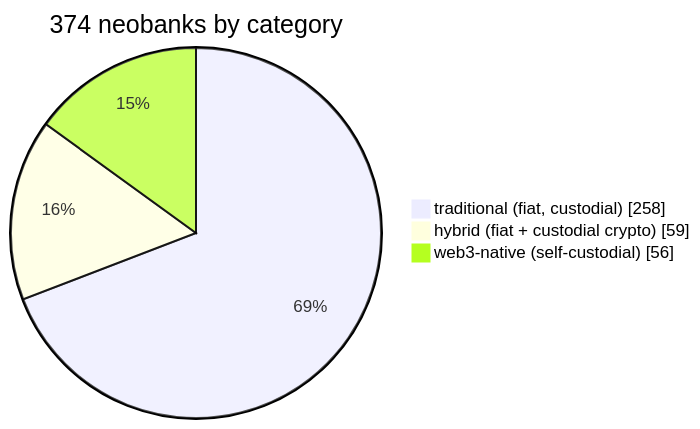
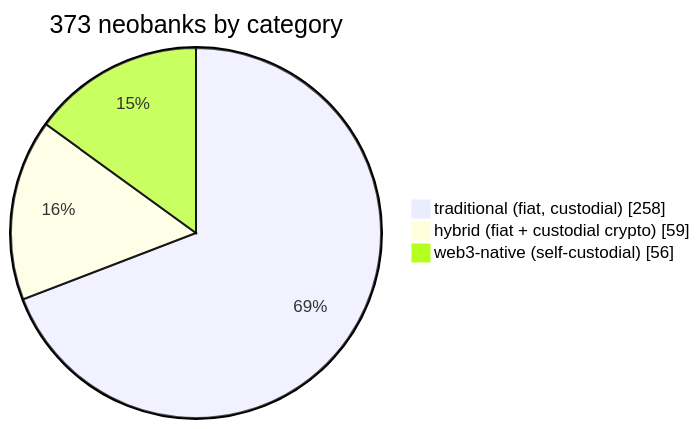
The first of 3 diagrams in README.md (andreolf/neobankbeat), drawn with Mermaid before and after one commit. The commit also changed other lines of this file and 759 other files, not shown here.

````diff
--- a/README.md
+++ b/README.md
@@ -41,6 +41,6 @@
 ```mermaid
-pie showData title 374 neobanks by category
+pie showData title 373 neobanks by category
     "traditional (fiat, custodial)" : 258
     "hybrid (fiat + custodial crypto)" : 59
     "web3-native (self-custodial)" : 56
 ```
````
